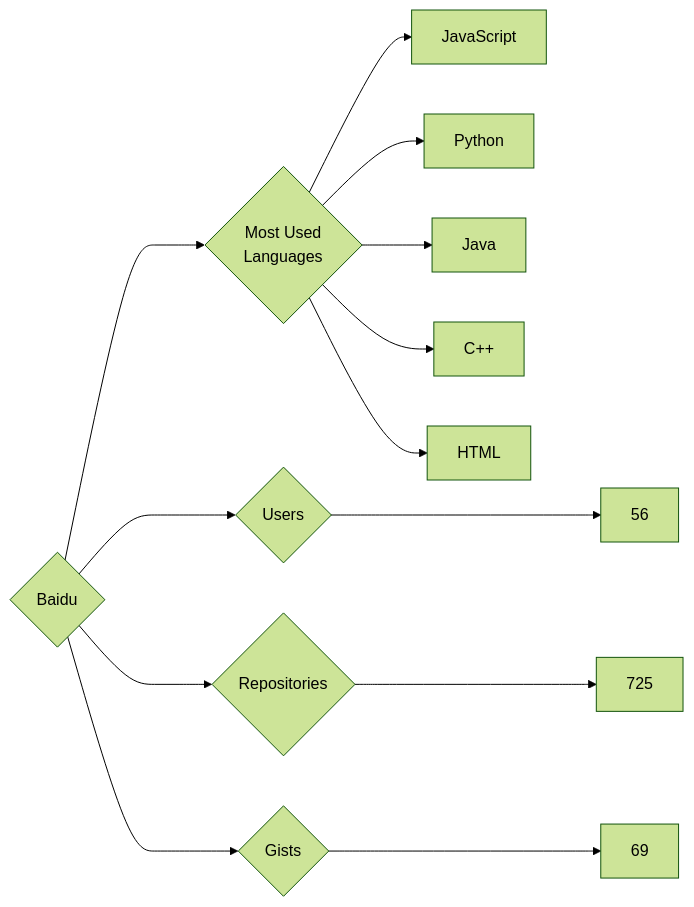
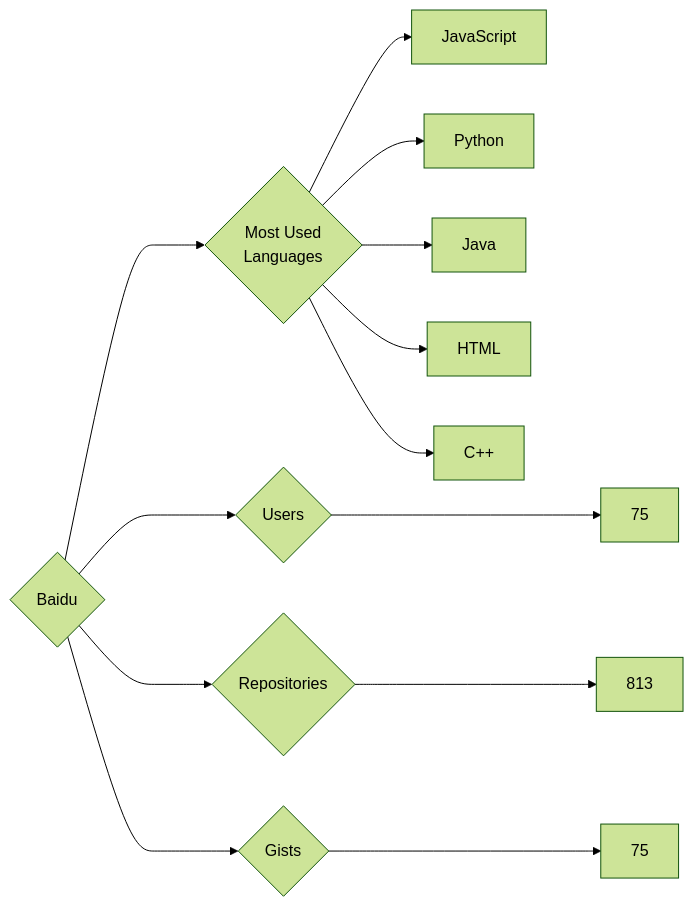
The diagram in targets/Baidu/README.md (trickest/insiders), drawn with Mermaid (forest theme) before and after one commit. The commit also changed 995 other files, not shown here.

````diff
--- a/targets/Baidu/README.md
+++ b/targets/Baidu/README.md
@@ -3,13 +3,13 @@
 ```mermaid
 graph LR
 COMPANY_NAME{Baidu}
-COMPANY_NAME ---> U{Users} ---> UN[56]
-COMPANY_NAME ---> R{Repositories} ---> RN[725]
-COMPANY_NAME ---> G{Gists} ---> GN[69]
+COMPANY_NAME ---> U{Users} ---> UN[75]
+COMPANY_NAME ---> R{Repositories} ---> RN[813]
+COMPANY_NAME ---> G{Gists} ---> GN[75]
 COMPANY_NAME ---> ML{Most Used<br>Languages}
 ML --> JavaScript[JavaScript]
 ML --> Python[Python]
 ML --> Java[Java]
+ML --> HTML[HTML]
 ML --> C++[C++]
-ML --> HTML[HTML]
 ```
````
